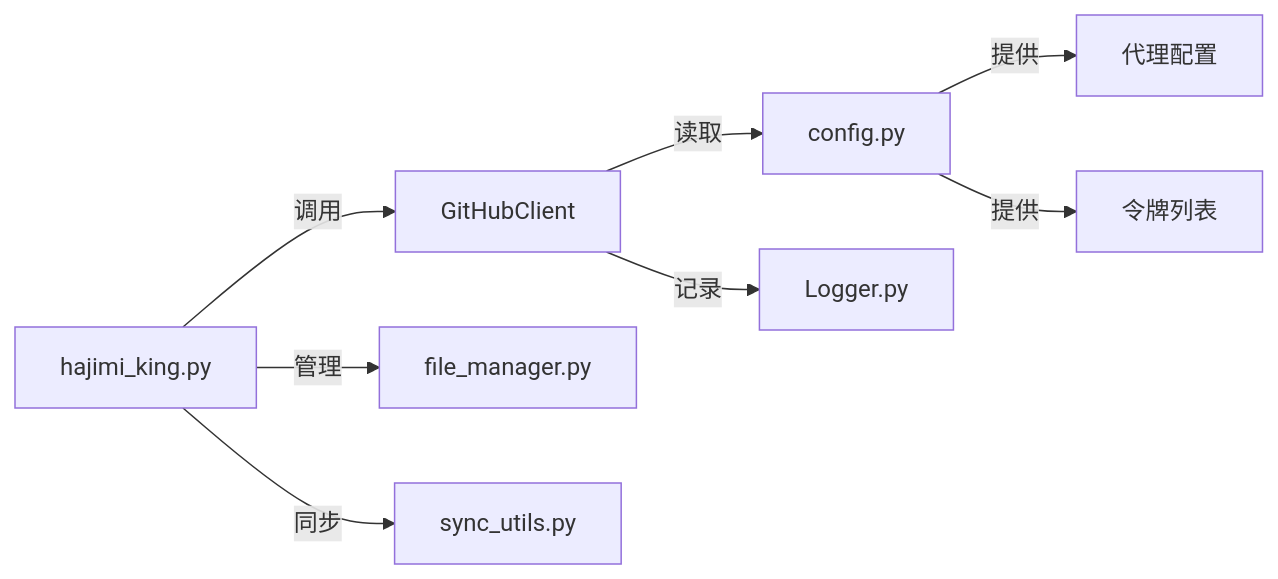
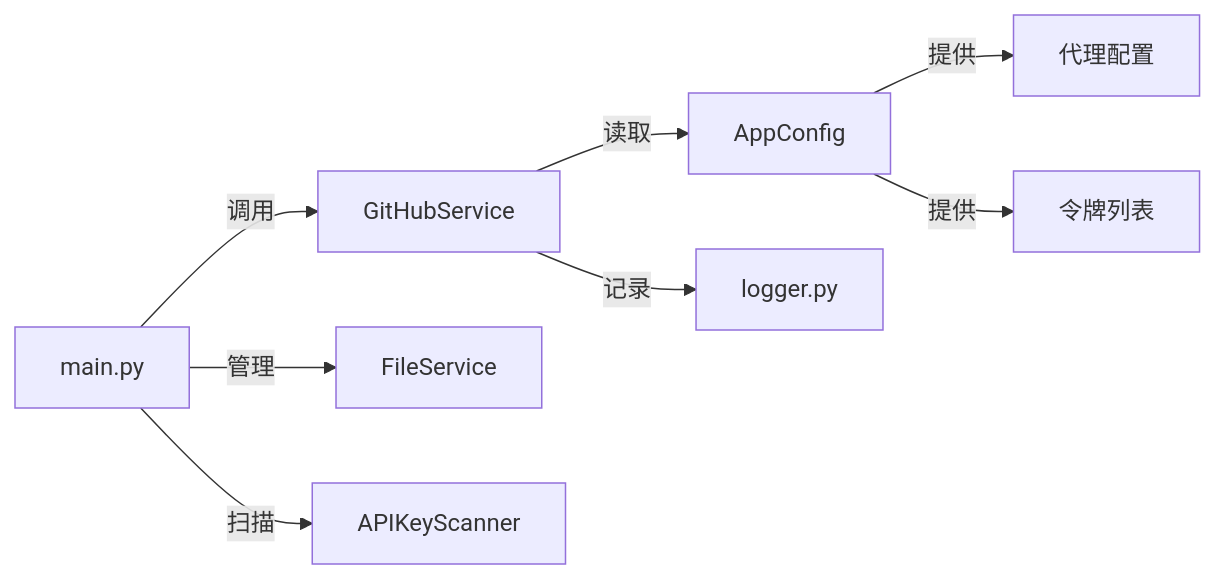
The second of 4 diagrams in .qoder/repowiki/zh/content/开发者指南/代码架构与模块设计/GitHub客户端模块.md (james-6-23/APIKEY-king), drawn with Mermaid before and after one commit. The commit also changed other lines of this file and 49 other files, not shown here.

````diff
--- a/.qoder/repowiki/zh/content/开发者指南/代码架构与模块设计/GitHub客户端模块.md
+++ b/.qoder/repowiki/zh/content/开发者指南/代码架构与模块设计/GitHub客户端模块.md
@@ -56,10 +63,10 @@
 ```mermaid
 graph LR
-A[hajimi_king.py] --> |调用| B[GitHubClient]
-B --> |读取| C[config.py]
-B --> |记录| D[Logger.py]
-A --> |管理| E[file_manager.py]
-A --> |同步| F[sync_utils.py]
+A[main.py] --> |调用| B[GitHubService]
+B --> |读取| C[AppConfig]
+B --> |记录| D[logger.py]
+A --> |管理| E[FileService]
+A --> |扫描| F[APIKeyScanner]
 C --> |提供| G[代理配置]
 C --> |提供| H[令牌列表]
 ```
````
